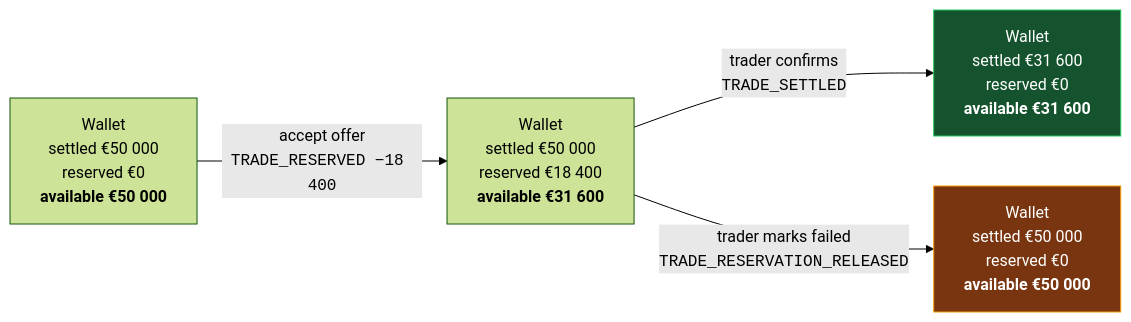
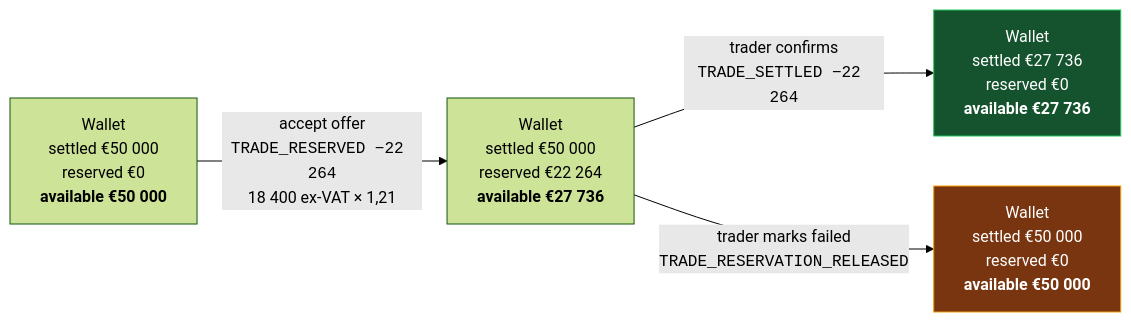
Before and after one commit to lukastosic-ifd/peakpowerspecs: the first of 3 diagrams in specs/10-features/F06-wallet-and-ledger.md, drawn with Mermaid (forest theme). The commit also changed other lines of this file and 66 other files, not shown here.

````diff
--- a/specs/10-features/F06-wallet-and-ledger.md
+++ b/specs/10-features/F06-wallet-and-ledger.md
@@ -95,14 +201,14 @@
 ```mermaid
 flowchart LR
     A["Wallet<br/>settled €50 000<br/>reserved €0<br/><b>available €50 000</b>"]
-    B["Wallet<br/>settled €50 000<br/>reserved €18 400<br/><b>available €31 600</b>"]
-    C1["Wallet<br/>settled €31 600<br/>reserved €0<br/><b>available €31 600</b>"]
+    B["Wallet<br/>settled €50 000<br/>reserved €22 264<br/><b>available €27 736</b>"]
+    C1["Wallet<br/>settled €27 736<br/>reserved €0<br/><b>available €27 736</b>"]
     C2["Wallet<br/>settled €50 000<br/>reserved €0<br/><b>available €50 000</b>"]
 
-    A -->|"accept offer<br/><code>TRADE_RESERVED −18 400</code>"| B
-    B -->|"trader confirms<br/><code>TRADE_SETTLED</code>"| C1
+    A -->|"accept offer<br/><code>TRADE_RESERVED −22 264</code><br/>18 400 ex-VAT × 1,21"| B
+    B -->|"trader confirms<br/><code>TRADE_SETTLED −22 264</code>"| C1
     B -->|"trader marks failed<br/><code>TRADE_RESERVATION_RELEASED</code>"| C2
 
     style C1 fill:#14532d,stroke:#22c55e,color:#fff
     style C2 fill:#78350f,stroke:#f59e0b,color:#fff
 ```
````
